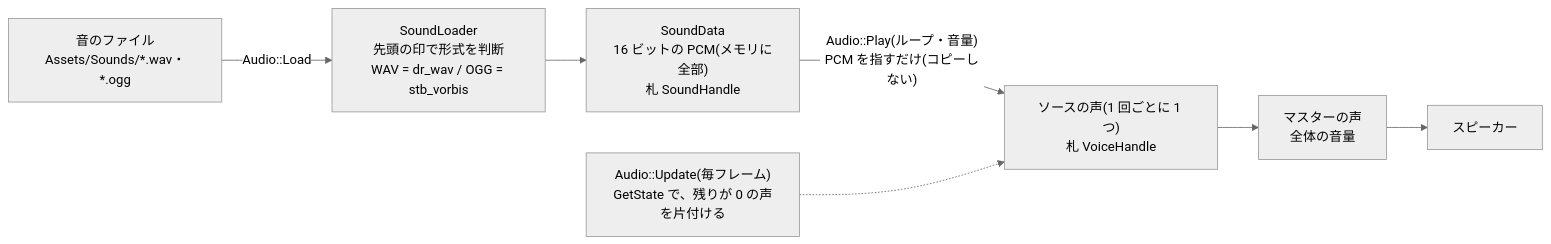
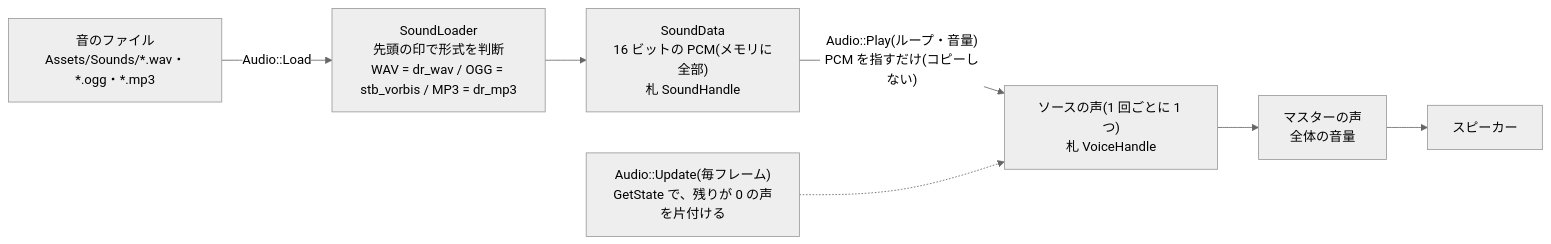
One commit to KRKRKRKRKRKRKRKRKRKR/KREngine changed the diagram in docs/Audio.md. Above: the diagram before and after it, drawn with Mermaid (neutral theme). The commit also changed other lines of this file and 9 other files, not shown here.

````diff
--- a/docs/Audio.md
+++ b/docs/Audio.md
@@ -32,9 +32,9 @@
 ```mermaid
 flowchart LR
-    F["音のファイル<br/>Assets/Sounds/*.wav・*.ogg"] -- "Audio::Load" --> L["SoundLoader<br/>先頭の印で形式を判断<br/>WAV = dr_wav / OGG = stb_vorbis"]
+    F["音のファイル<br/>Assets/Sounds/*.wav・*.ogg・*.mp3"] -- "Audio::Load" --> L["SoundLoader<br/>先頭の印で形式を判断<br/>WAV = dr_wav / OGG = stb_vorbis / MP3 = dr_mp3"]
     L --> D["SoundData<br/>16 ビットの PCM(メモリに全部)<br/>札 SoundHandle"]
     D -- "Audio::Play(ループ・音量)<br/>PCM を指すだけ(コピーしない)" --> V["ソースの声(1 回ごとに 1 つ)<br/>札 VoiceHandle"]
     V --> M["マスターの声<br/>全体の音量"]
     M --> S["スピーカー"]
     U["Audio::Update(毎フレーム)<br/>GetState で、残りが 0 の声を片付ける"] -.-> V
 ```
````
